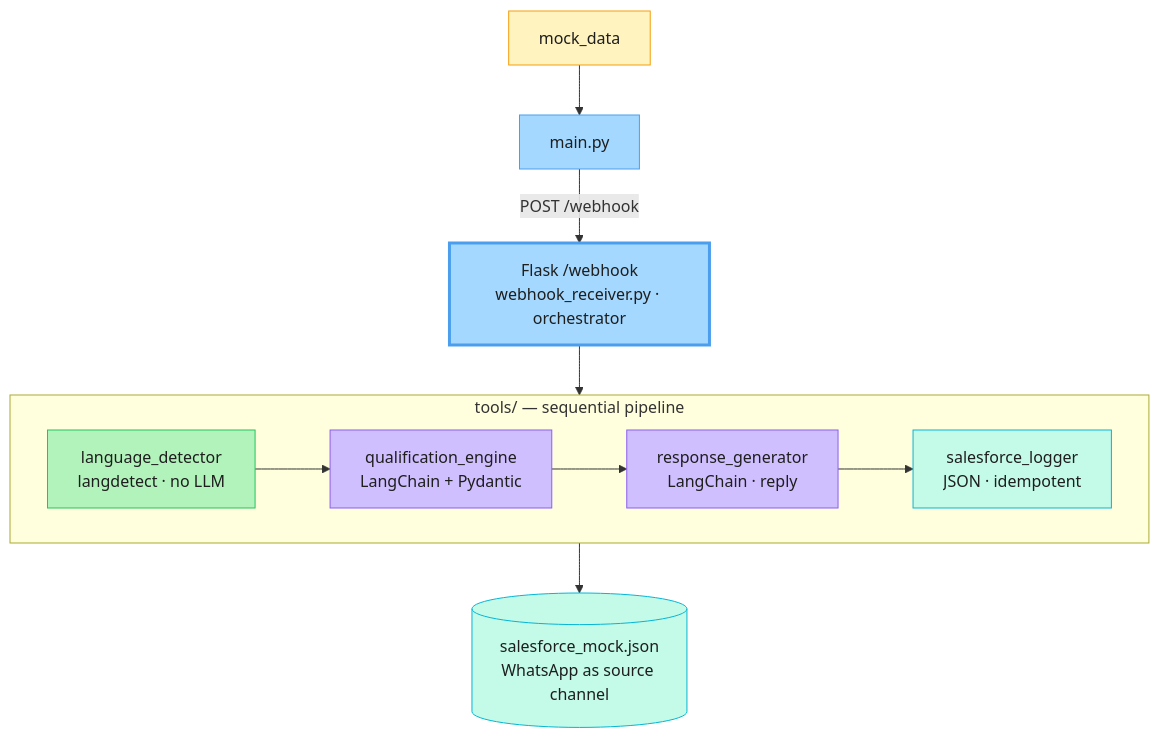
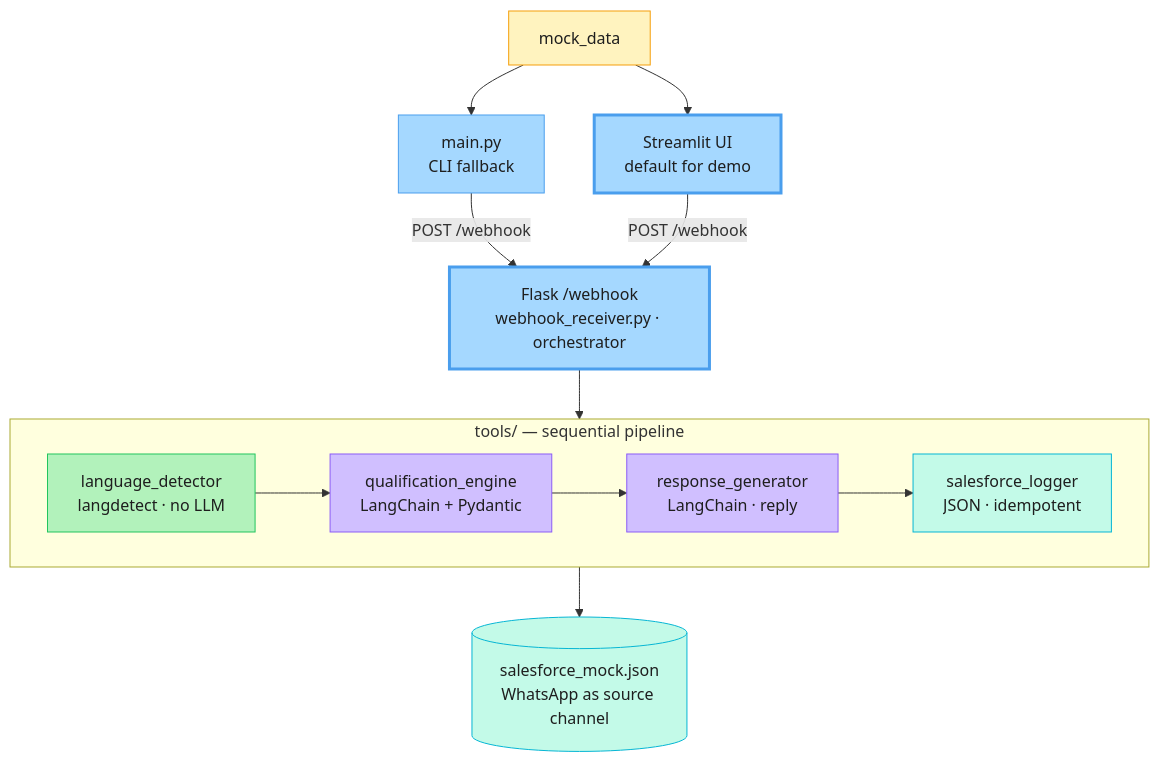
Before and after one commit to aehirota/telnyx-quinn-whatsapp-poc: the diagram in diagrams/architecture-overview.mmd, drawn with Mermaid. The commit also changed 4 other files, not shown here.

```diff
--- a/diagrams/architecture-overview.mmd
+++ b/diagrams/architecture-overview.mmd
@@ -1,35 +1,40 @@
 %% Quinn WhatsApp LATAM — Inbound Qualification
 %% LangChain inbound qualification pipeline
 flowchart TD
     Mock[mock_data]
-    Main[main.py]
+    Main[main.py<br/>CLI fallback]
+    Streamlit[Streamlit UI<br/>default for demo]
     Flask[Flask /webhook<br/>webhook_receiver.py · orchestrator]
 
     Mock --> Main
+    Mock --> Streamlit
     Main -->|POST /webhook| Flask
+    Streamlit -->|POST /webhook| Flask
     Flask --> Lang
 
     subgraph Tools[tools/ — sequential pipeline]
         direction LR
         Lang[language_detector<br/>langdetect · no LLM]
         Qual[qualification_engine<br/>LangChain + Pydantic]
         Resp[response_generator<br/>LangChain · reply]
         Log[salesforce_logger<br/>JSON · idempotent]
         Lang --> Qual --> Resp --> Log
     end
 
     Log --> SF[(salesforce_mock.json<br/>WhatsApp as source channel)]
 
     classDef input fill:#fff3bf,stroke:#f59e0b,color:#1e1e1e
     classDef entry fill:#a5d8ff,stroke:#4a9eed,color:#1e1e1e
+    classDef entryPrimary fill:#a5d8ff,stroke:#4a9eed,stroke-width:3px,color:#1e1e1e
     classDef agent fill:#a5d8ff,stroke:#4a9eed,stroke-width:3px,color:#1e1e1e
     classDef deterministic fill:#b2f2bb,stroke:#22c55e,color:#1e1e1e
     classDef llm fill:#d0bfff,stroke:#8b5cf6,color:#1e1e1e
     classDef storage fill:#c3fae8,stroke:#06b6d4,color:#1e1e1e
 
     class Mock input
     class Main entry
+    class Streamlit entryPrimary
     class Flask agent
     class Lang deterministic
     class Qual,Resp llm
     class Log,SF storage
```
